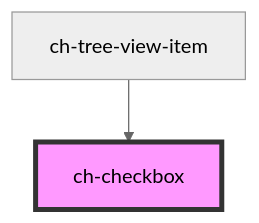
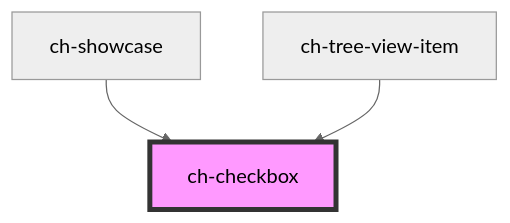
One commit to genexuslabs/chameleon-controls-library changed the diagram in src/components/checkbox/readme.md. Above: the diagram before and after it, drawn with Mermaid (neutral theme). The commit also changed other lines of this file and 9 other files, not shown here.

````diff
--- a/src/components/checkbox/readme.md
+++ b/src/components/checkbox/readme.md
@@ -63,5 +64,6 @@
 ```mermaid
 graph TD;
+  ch-showcase --> ch-checkbox
   ch-tree-view-item --> ch-checkbox
   style ch-checkbox fill:#f9f,stroke:#333,stroke-width:4px
 ```
````
